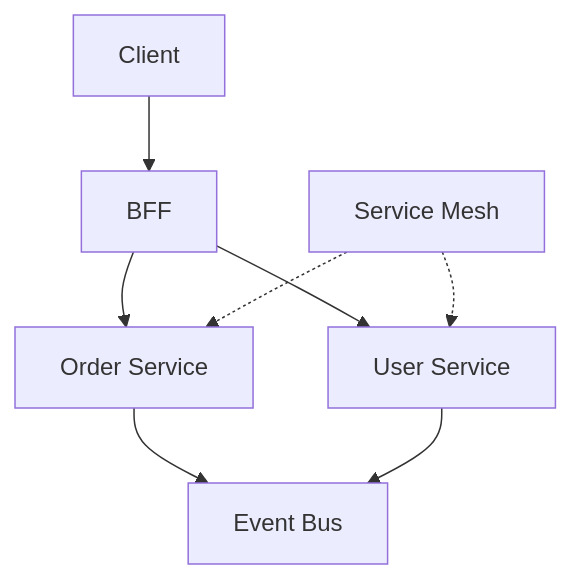
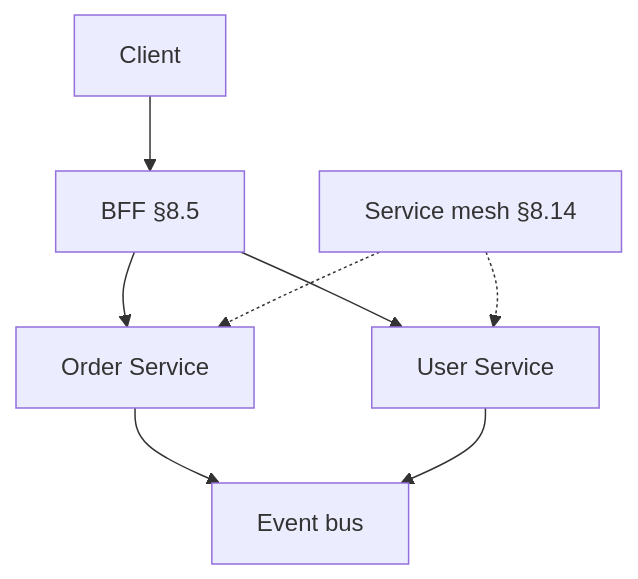
One commit to hareramcse/SystemDesign changed the second of 30 diagrams in 08-microservices/README.md. Above: the diagram before and after it, drawn with Mermaid. The commit also changed other lines of this file, not shown here.

````diff
--- a/08-microservices/README.md
+++ b/08-microservices/README.md
@@ -49,10 +51,10 @@
 ```mermaid
 flowchart TB
-    Client --> BFF[BFF]
+    Client --> BFF[BFF §8.5]
     BFF --> S1[Order Service]
     BFF --> S2[User Service]
-    S1 --> Bus[Event Bus]
+    S1 --> Bus[Event bus]
     S2 --> Bus
-    Mesh[Service Mesh] -.-> S1
+    Mesh[Service mesh §8.14] -.-> S1
     Mesh -.-> S2
 ```
````
